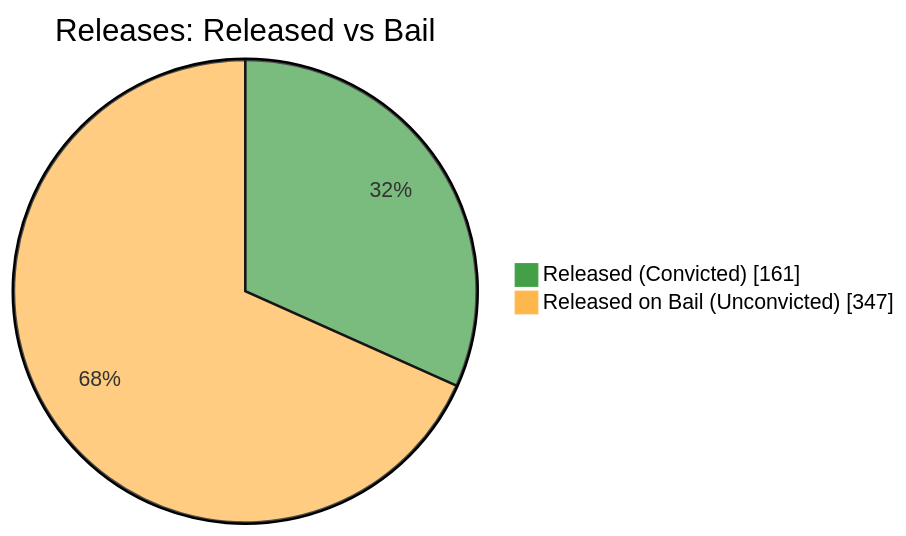
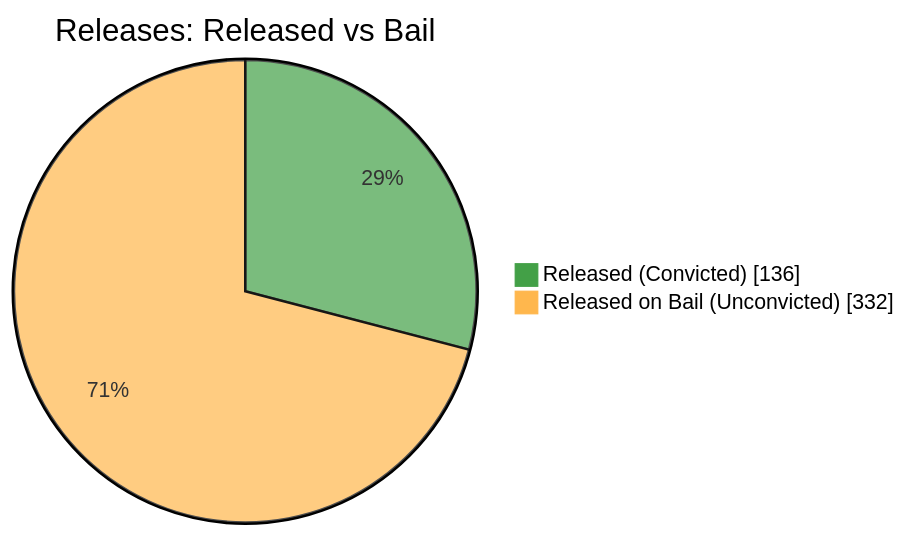
Before and after one commit to nuuuwan/lk_prisons: the fifth of 7 diagrams in README.md, drawn with Mermaid. The commit also changed other lines of this file and 1 other file, not shown here.

````diff
--- a/README.md
+++ b/README.md
@@ -87,6 +87,6 @@
 ```mermaid
 %%{init: {'themeVariables': {'pie1': '#43A047', 'pie2': '#FFB74D'}}}%%
 pie showData title Releases: Released vs Bail
-    "Released (Convicted)" : 161
-    "Released on Bail (Unconvicted)" : 347
+    "Released (Convicted)" : 136
+    "Released on Bail (Unconvicted)" : 332
 ```
````
